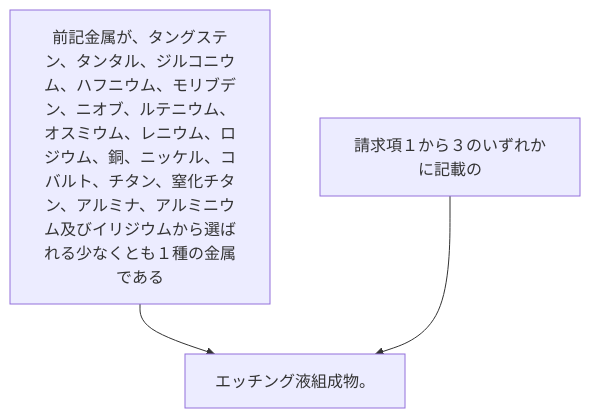
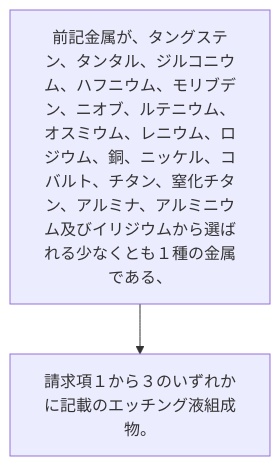
The diagram in 2024/JP2024002670A/claim_4/README.md (shinmori55/patent_analyzed), drawn with Mermaid before and after one commit. The commit also changed 31 other files, not shown here.

````diff
--- a/2024/JP2024002670A/claim_4/README.md
+++ b/2024/JP2024002670A/claim_4/README.md
@@ -2,8 +2,6 @@
 ```mermaid
 flowchart TD
-A[前記金属が、タングステン、タンタル、ジルコニウム、ハフニウム、モリブデン、ニオブ、ルテニウム、オスミウム、レニウム、ロジウム、銅、ニッケル、コバルト、チタン、窒化チタン、アルミナ、アルミニウム及びイリジウムから選ばれる少なくとも１種の金属である]
-B[請求項１から３のいずれかに記載の]
-C[エッチング液組成物。]
-A --> C
-B --> C
+A[前記金属が、タングステン、タンタル、ジルコニウム、ハフニウム、モリブデン、ニオブ、ルテニウム、オスミウム、レニウム、ロジウム、銅、ニッケル、コバルト、チタン、窒化チタン、アルミナ、アルミニウム及びイリジウムから選ばれる少なくとも１種の金属である、]
+B[請求項１から３のいずれかに記載のエッチング液組成物。]
+A --> B
 ```
````
